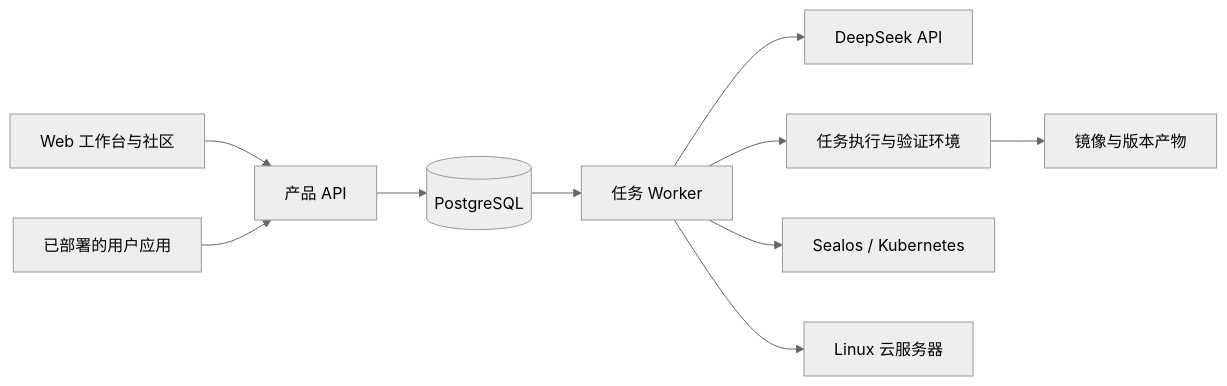
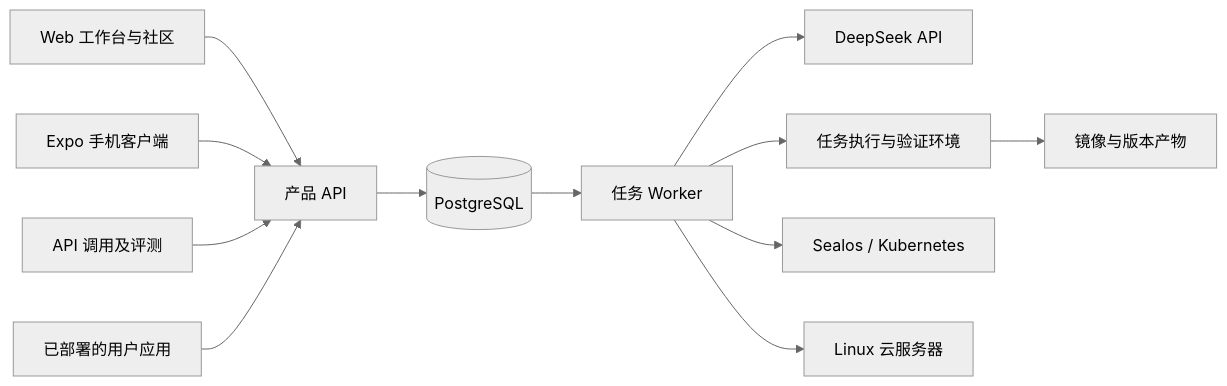
Before and after one commit to Elliottt001/IntelliDeploy: the diagram in docs/superpowers/specs/2026-11-09-intellideploy-phase1-design.md, drawn with Mermaid (neutral theme). The commit also changed other lines of this file and 8 other files, not shown here.

````diff
--- a/docs/superpowers/specs/2026-11-09-intellideploy-phase1-design.md
+++ b/docs/superpowers/specs/2026-11-09-intellideploy-phase1-design.md
@@ -37,12 +38,14 @@
 ```mermaid
 flowchart LR
     W[Web 工作台与社区] --> A[产品 API]
+    M[Expo 手机客户端] --> A
+    T[API 调用及评测] --> A
     A --> P[(PostgreSQL)]
     P --> J[任务 Worker]
     J --> D[DeepSeek API]
     J --> E[任务执行与验证环境]
     E --> R[镜像与版本产物]
     J --> K[Sealos / Kubernetes]
     J --> L[Linux 云服务器]
     U[已部署的用户应用] --> A
 ```
````
